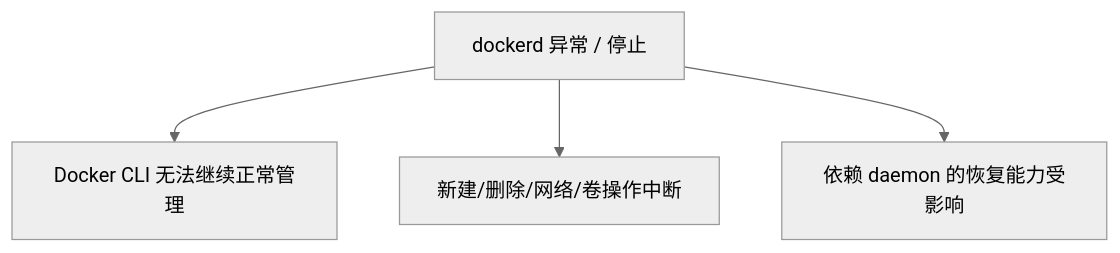
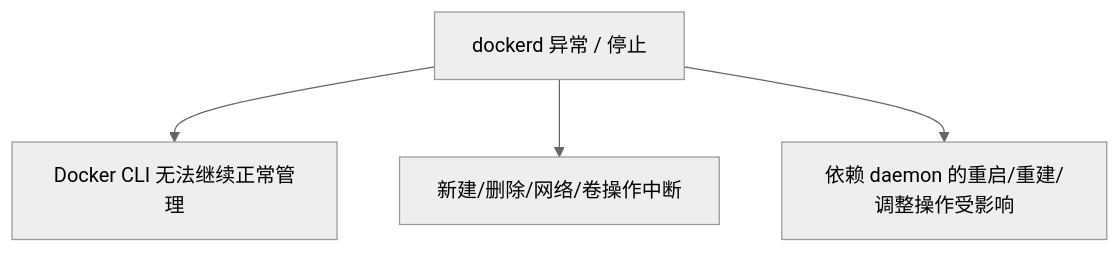
One commit to hwang-protocol/docker_k8s_2026 changed the second of 11 diagrams in docker/docker_7_other/README.md. Above: the diagram before and after it, drawn with Mermaid (neutral theme). The commit also changed other lines of this file, not shown here.

````diff
--- a/docker/docker_7_other/README.md
+++ b/docker/docker_7_other/README.md
@@ -102,7 +106,7 @@
 ```mermaid
 flowchart TD
   Crash[dockerd 异常 / 停止]
   Crash --> M1[Docker CLI 无法继续正常管理]
   Crash --> M2[新建/删除/网络/卷操作中断]
-  Crash --> M3[依赖 daemon 的恢复能力受影响]
+  Crash --> M3[依赖 daemon 的重启/重建/调整操作受影响]
 ```
````
